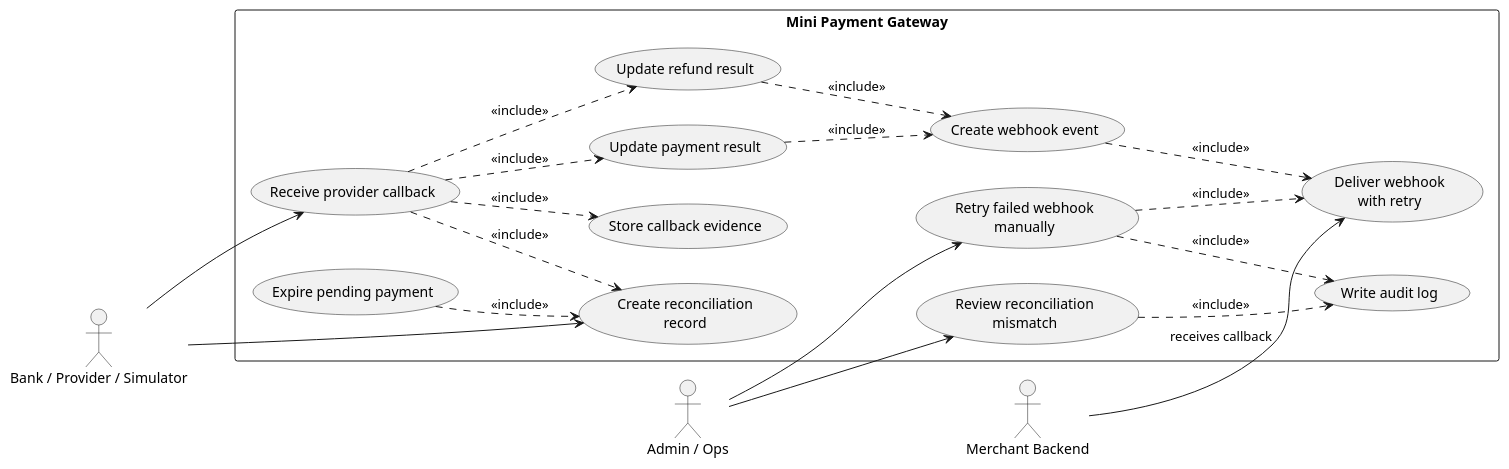
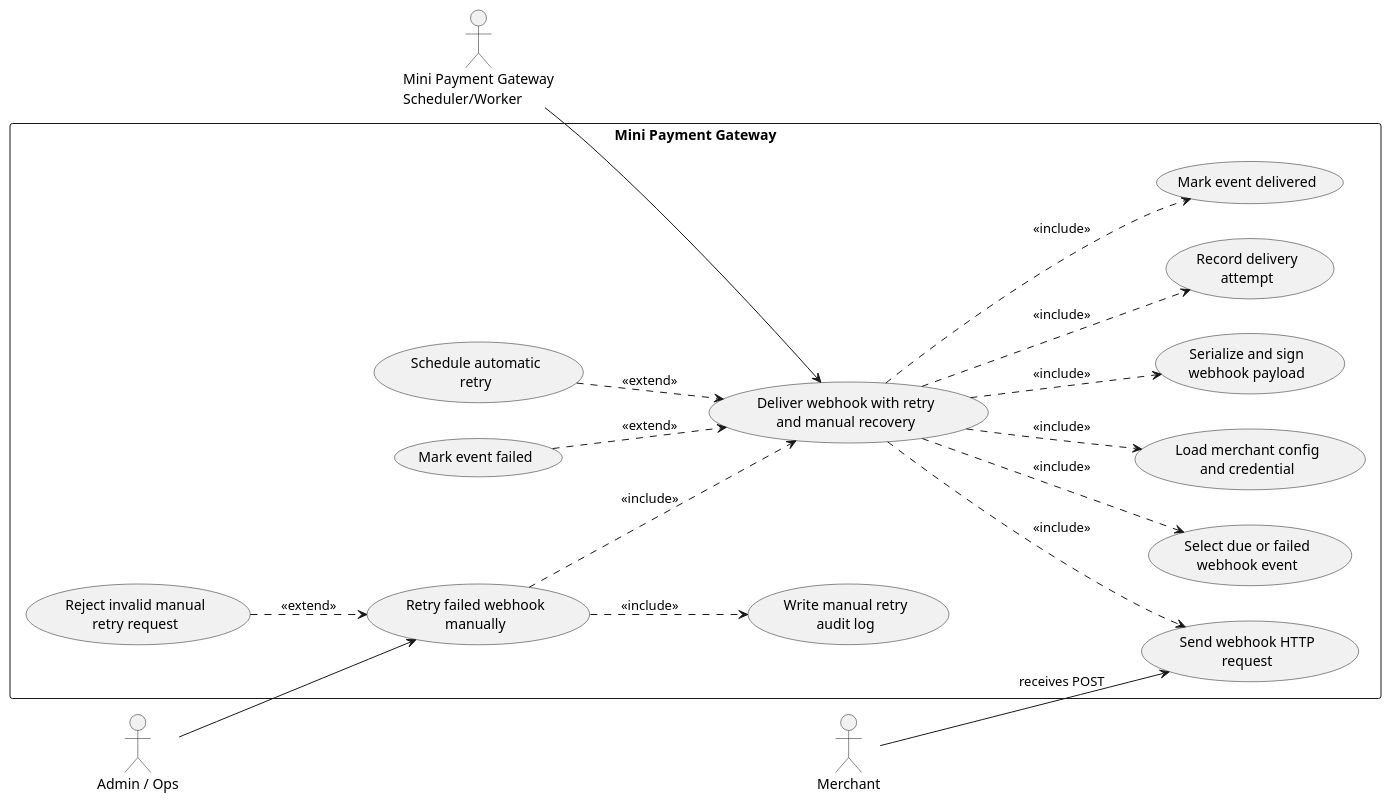
Before and after one commit to biabeogo147/mini-payment-gateway: the fifth of 5 diagrams in docs/7_usecase_diagram.md, drawn with PlantUML. The commit also changed other lines of this file and 4 other files, not shown here.

Commit message:
update usecase diagram

````diff
--- a/docs/7_usecase_diagram.md
+++ b/docs/7_usecase_diagram.md
@@ -127,44 +630,43 @@
 ```plantuml
-@startuml callback_webhook_and_reconciliation
+@startuml uc005_deliver_webhook_with_retry
 left to right direction
 skinparam packageStyle rectangle
 
-actor "Bank / Provider / Simulator" as Provider
-actor "Merchant Backend" as Merchant
+actor "Mini Payment Gateway\nScheduler/Worker" as Worker
+actor "Merchant" as Merchant
 actor "Admin / Ops" as Admin
 
 rectangle "Mini Payment Gateway" {
-  usecase "Receive provider callback" as UC_ReceiveCallback
-  usecase "Store callback evidence" as UC_LogCallback
-  usecase "Update payment result" as UC_UpdatePayment
-  usecase "Update refund result" as UC_UpdateRefund
-  usecase "Expire pending payment" as UC_ExpirePayment
-  usecase "Create webhook event" as UC_CreateWebhook
-  usecase "Deliver webhook\nwith retry" as UC_DeliverWebhook
+  usecase "Deliver webhook with retry\nand manual recovery" as UC005
+  usecase "Select due or failed\nwebhook event" as UC_SelectEvent
+  usecase "Load merchant config\nand credential" as UC_LoadConfig
+  usecase "Serialize and sign\nwebhook payload" as UC_SignPayload
+  usecase "Send webhook HTTP\nrequest" as UC_SendWebhook
+  usecase "Record delivery\nattempt" as UC_RecordAttempt
+  usecase "Mark event delivered" as UC_MarkDelivered
+  usecase "Schedule automatic\nretry" as UC_ScheduleRetry
+  usecase "Mark event failed" as UC_MarkFailed
   usecase "Retry failed webhook\nmanually" as UC_ManualRetry
-  usecase "Create reconciliation\nrecord" as UC_Reconcile
-  usecase "Review reconciliation\nmismatch" as UC_ReviewReconciliation
-  usecase "Write audit log" as UC_WriteAudit
+  usecase "Reject invalid manual\nretry request" as UC_RejectManualRetry
+  usecase "Write manual retry\naudit log" as UC_WriteAudit
 }
 
-Provider --> UC_ReceiveCallback
-Provider --> UC_Reconcile
-Merchant --> UC_DeliverWebhook : receives callback
+Worker --> UC005
 Admin --> UC_ManualRetry
-Admin --> UC_ReviewReconciliation
+Merchant --> UC_SendWebhook : receives POST
 
-UC_ReceiveCallback ..> UC_LogCallback : <<include>>
-UC_ReceiveCallback ..> UC_UpdatePayment : <<include>>
-UC_ReceiveCallback ..> UC_UpdateRefund : <<include>>
+UC005 ..> UC_SelectEvent : <<include>>
+UC005 ..> UC_LoadConfig : <<include>>
+UC005 ..> UC_SignPayload : <<include>>
+UC005 ..> UC_SendWebhook : <<include>>
+UC005 ..> UC_RecordAttempt : <<include>>
+UC005 ..> UC_MarkDelivered : <<include>>
 
-UC_UpdatePayment ..> UC_CreateWebhook : <<include>>
-UC_UpdateRefund ..> UC_CreateWebhook : <<include>>
-UC_CreateWebhook ..> UC_DeliverWebhook : <<include>>
-UC_ManualRetry ..> UC_DeliverWebhook : <<include>>
+UC_ManualRetry ..> UC005 : <<include>>
+UC_ManualRetry ..> UC_WriteAudit : <<include>>
 
-UC_ExpirePayment ..> UC_Reconcile : <<include>>
-UC_ReceiveCallback ..> UC_Reconcile : <<include>>
-UC_ReviewReconciliation ..> UC_WriteAudit : <<include>>
-UC_ManualRetry ..> UC_WriteAudit : <<include>>
+UC_ScheduleRetry ..> UC005 : <<extend>>
+UC_MarkFailed ..> UC005 : <<extend>>
+UC_RejectManualRetry ..> UC_ManualRetry : <<extend>>
 @enduml
 ```
````
